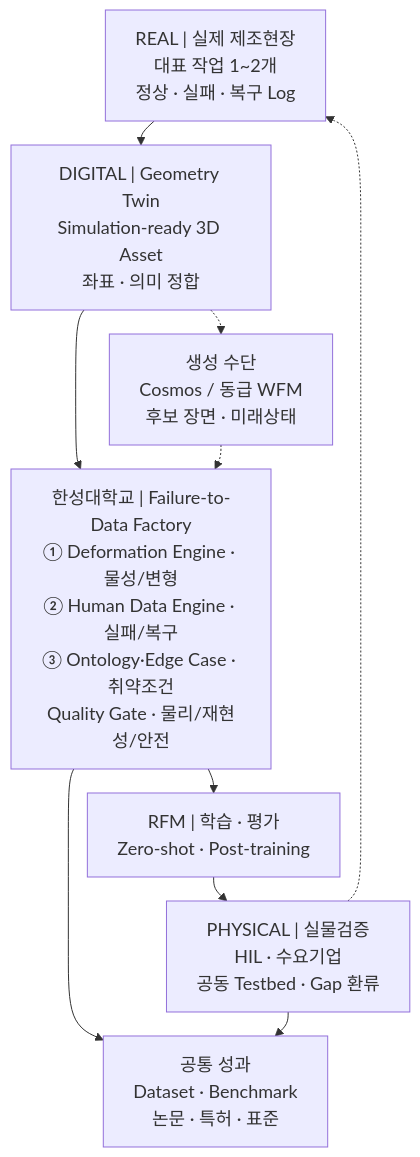
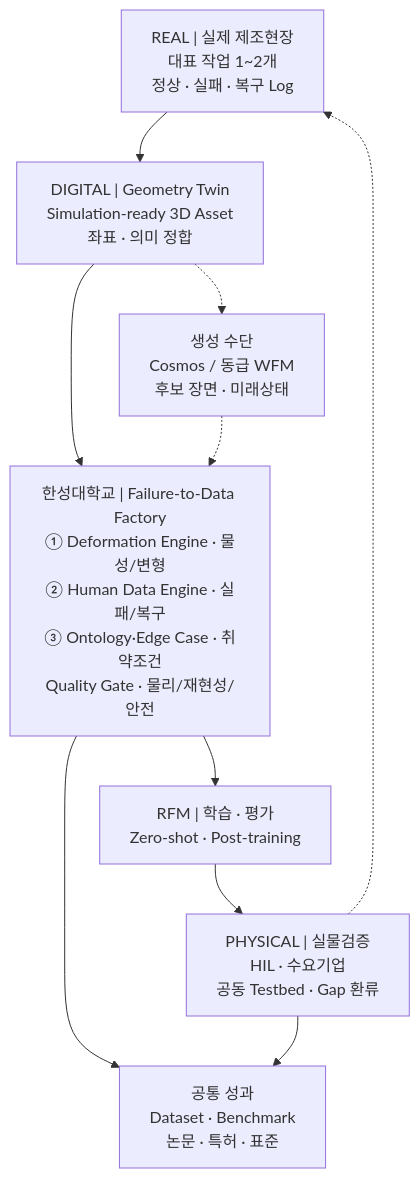
One commit to parclab-hsu/parclab-hsu.github.io changed the first of 2 diagrams in homepage-src/docs/projects/manufacturing-data-factory-rfm/index.md. Above: the diagram before and after it, drawn with Mermaid. The commit also changed other lines of this file and 26 other files, not shown here.

````diff
--- a/homepage-src/docs/projects/manufacturing-data-factory-rfm/index.md
+++ b/homepage-src/docs/projects/manufacturing-data-factory-rfm/index.md
@@ -29,17 +29,16 @@
 ```mermaid
-%%{init: {"themeVariables": {"fontSize": "18px"}, "flowchart": {"nodeSpacing": 18, "rankSpacing": 24, "diagramPadding": 4}}}%%
 flowchart TB
     REAL["REAL | 실제 제조현장<br/>대표 작업 1~2개<br/>정상 · 실패 · 복구 Log"]
     GEO["DIGITAL | Geometry Twin<br/>Simulation-ready 3D Asset<br/>좌표 · 의미 정합"]
     WFM["생성 수단<br/>Cosmos / 동급 WFM<br/>후보 장면 · 미래상태"]
     CORE["한성대학교 | Failure-to-Data Factory<br/>① Deformation Engine · 물성/변형<br/>② Human Data Engine · 실패/복구<br/>③ Ontology·Edge Case · 취약조건<br/>Quality Gate · 물리/재현성/안전"]
     RFM["RFM | 학습 · 평가<br/>Zero-shot · Post-training"]
     TEST["PHYSICAL | 실물검증<br/>HIL · 수요기업<br/>공동 Testbed · Gap 환류"]
     OUTPUT["공통 성과<br/>Dataset · Benchmark<br/>논문 · 특허 · 표준"]
 
     REAL --> GEO --> CORE --> RFM --> TEST
     GEO -.-> WFM -.-> CORE
     CORE --> OUTPUT
     TEST --> OUTPUT
     TEST -.-> REAL
 ```
````
